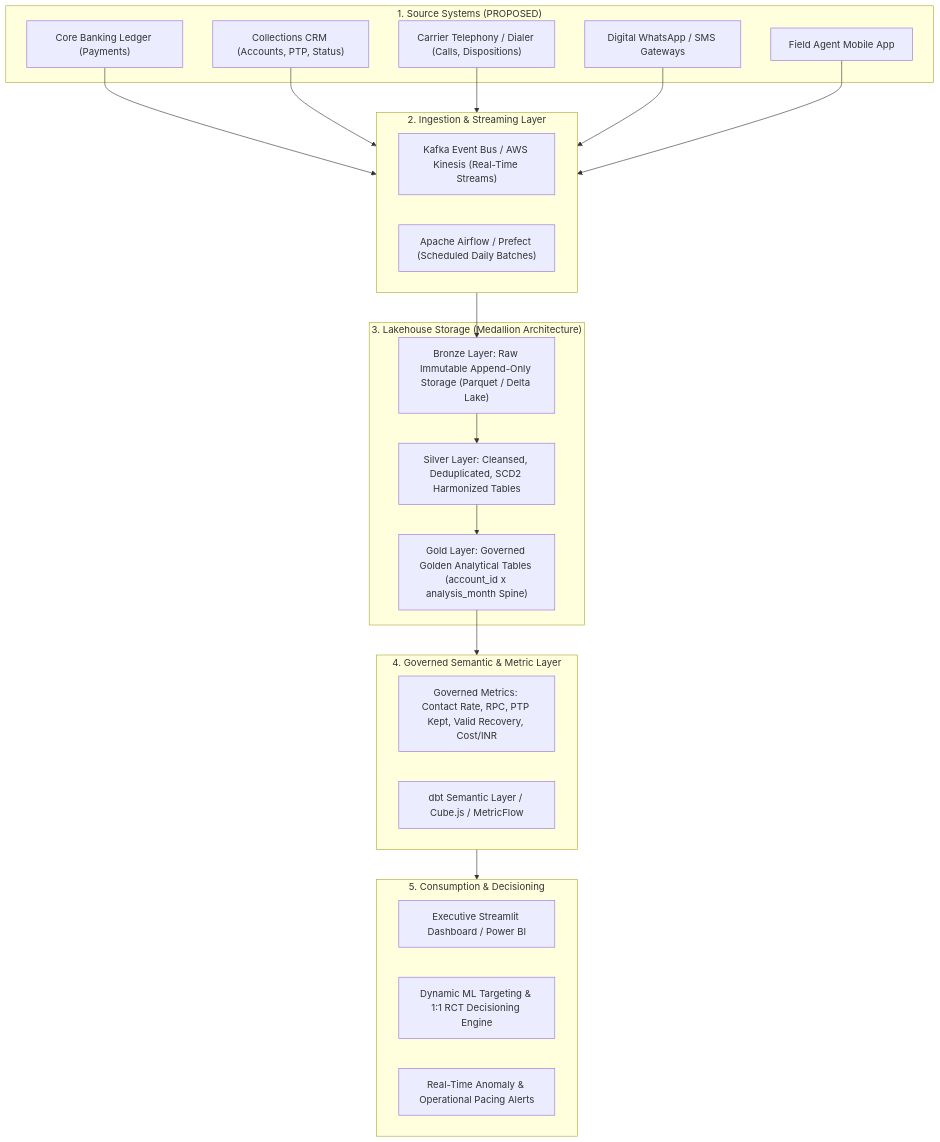
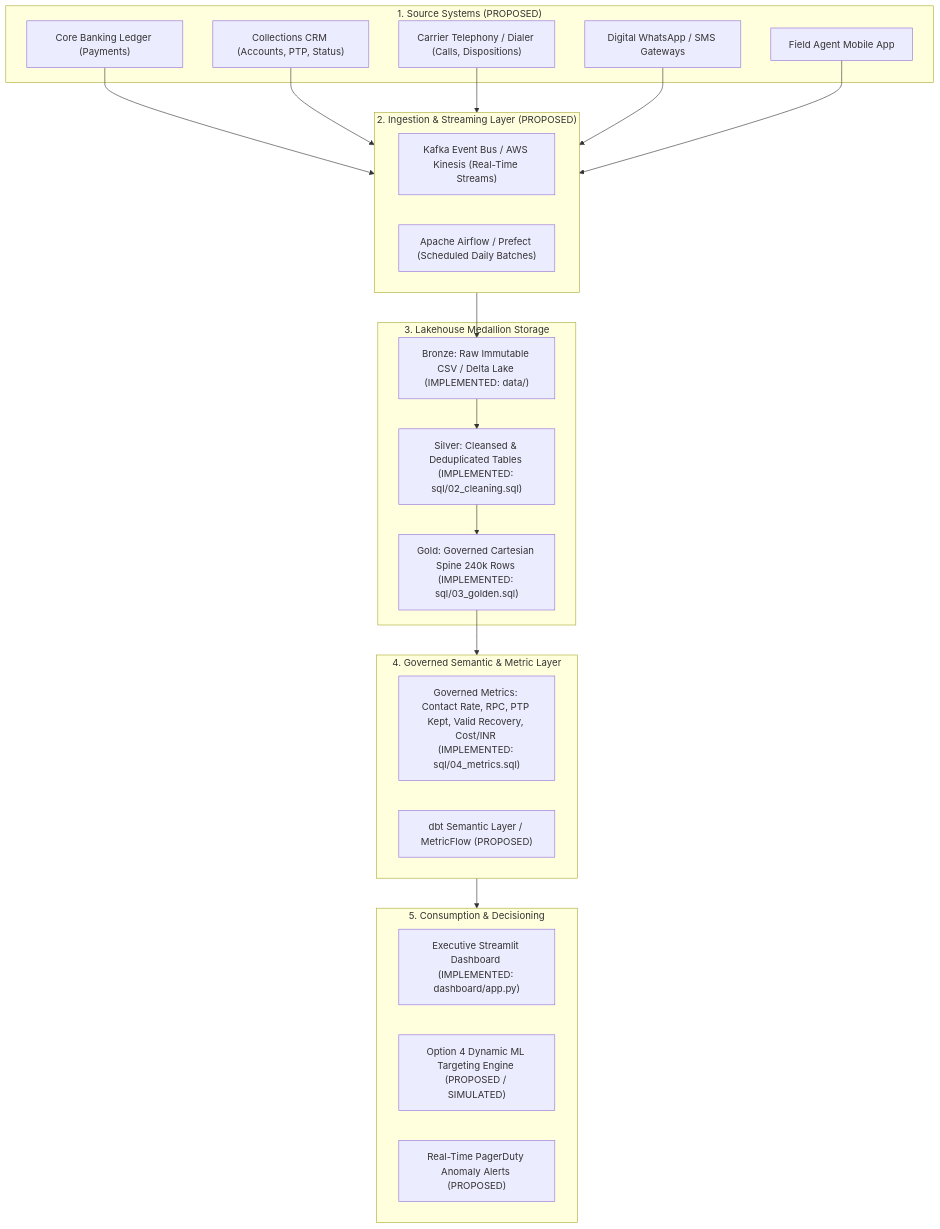
The diagram in docs/production_architecture.md (PrinceNsut27/credresolve_task), drawn with Mermaid before and after one commit. The commit also changed other lines of this file and 13 other files, not shown here.

Commit message:
Complete Part 1 and Part 2: Data Forensics, 11% Claim Audit, Targeting Counterfactual, and Option 4 Investment Strategy

````diff
--- a/docs/production_architecture.md
+++ b/docs/production_architecture.md
@@ -11,39 +11,39 @@
 ```mermaid
 flowchart TD
     subgraph S1 ["1. Source Systems (PROPOSED)"]
         SRC_CBS["Core Banking Ledger (Payments)"]
         SRC_CRM["Collections CRM (Accounts, PTP, Status)"]
         SRC_TEL["Carrier Telephony / Dialer (Calls, Dispositions)"]
         SRC_DIG["Digital WhatsApp / SMS Gateways"]
         SRC_FLD["Field Agent Mobile App"]
     end
 
-    subgraph S2 ["2. Ingestion & Streaming Layer"]
+    subgraph S2 ["2. Ingestion & Streaming Layer (PROPOSED)"]
         ING_KAFKA["Kafka Event Bus / AWS Kinesis (Real-Time Streams)"]
         ING_AIRFLOW["Apache Airflow / Prefect (Scheduled Daily Batches)"]
     end
 
-    subgraph S3 ["3. Lakehouse Storage (Medallion Architecture)"]
-        BRONZE["Bronze Layer: Raw Immutable Append-Only Storage (Parquet / Delta Lake)"]
-        SILVER["Silver Layer: Cleansed, Deduplicated, SCD2 Harmonized Tables"]
-        GOLD["Gold Layer: Governed Golden Analytical Tables (account_id x analysis_month Spine)"]
+    subgraph S3 ["3. Lakehouse Medallion Storage"]
+        BRONZE["Bronze: Raw Immutable CSV / Delta Lake (IMPLEMENTED: data/)"]
+        SILVER["Silver: Cleansed & Deduplicated Tables (IMPLEMENTED: sql/02_cleaning.sql)"]
+        GOLD["Gold: Governed Cartesian Spine 240k Rows (IMPLEMENTED: sql/03_golden.sql)"]
     end
 
     subgraph S4 ["4. Governed Semantic & Metric Layer"]
-        SEM_METRICS["Governed Metrics: Contact Rate, RPC, PTP Kept, Valid Recovery, Cost/INR"]
-        SEM_DBT["dbt Semantic Layer / Cube.js / MetricFlow"]
+        SEM_METRICS["Governed Metrics: Contact Rate, RPC, PTP Kept, Valid Recovery, Cost/INR (IMPLEMENTED: sql/04_metrics.sql)"]
+        SEM_DBT["dbt Semantic Layer / MetricFlow (PROPOSED)"]
     end
 
     subgraph S5 ["5. Consumption & Decisioning"]
-        BI_DASH["Executive Streamlit Dashboard / Power BI"]
-        ML_ENGINE["Dynamic ML Targeting & 1:1 RCT Decisioning Engine"]
-        OP_ALERTS["Real-Time Anomaly & Operational Pacing Alerts"]
+        BI_DASH["Executive Streamlit Dashboard (IMPLEMENTED: dashboard/app.py)"]
+        ML_ENGINE["Option 4 Dynamic ML Targeting Engine (PROPOSED / SIMULATED)"]
+        OP_ALERTS["Real-Time PagerDuty Anomaly Alerts (PROPOSED)"]
     end
 
     SRC_CBS & SRC_CRM & SRC_TEL & SRC_DIG & SRC_FLD --> S2
     S2 --> BRONZE
     BRONZE --> SILVER
     SILVER --> GOLD
     GOLD --> S4
     S4 --> S5
 ```
````
